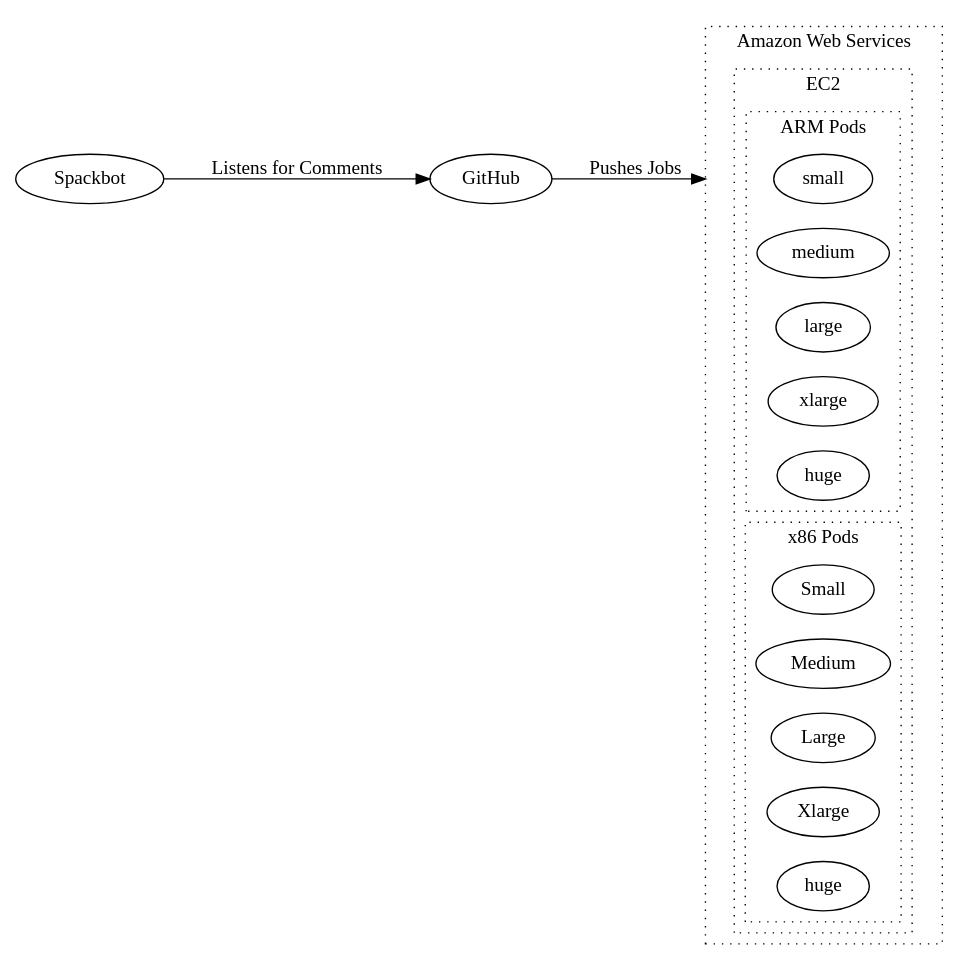
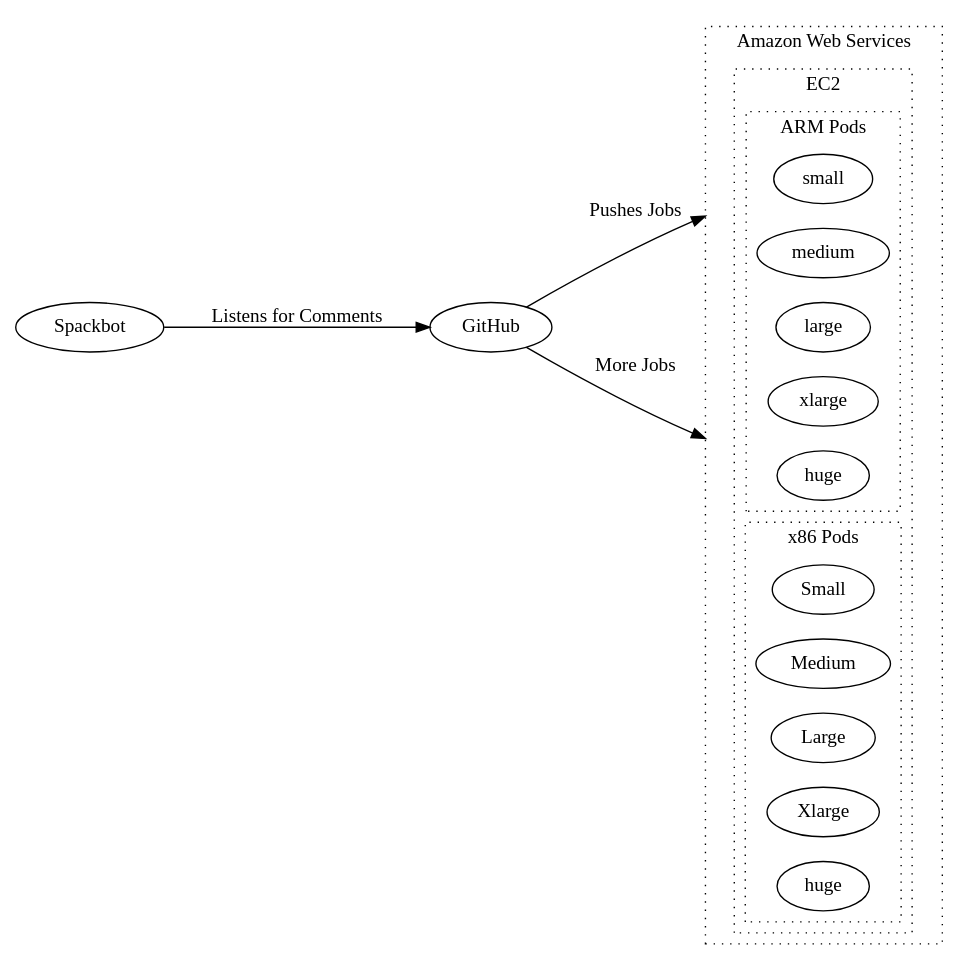
One commit to josephsnyder/spack_docs changed the first of 2 diagrams in docs/index.md. Above: the diagram before and after it, drawn with Graphviz. The commit also changed 2 other files, not shown here.

````diff
--- a/docs/index.md
+++ b/docs/index.md
@@ -3,36 +3,37 @@
 ```dot
 digraph g {
   rankdir=LR;
   compound=true;
   subgraph cluster_AWS {
     label="Amazon Web Services";
     graph[style=dotted];
     subgraph cluster_EC2 {
       label="EC2";
       graph[style=dotted];
       subgraph cluster_arm {
         label="ARM Pods";
         graph[style=dotted];
         small;
         medium;
         large;
         xlarge;
         huge;
       };
       subgraph cluster_x {
         label="x86 Pods";
         graph[style=dotted];
         a_small[label="Small"];
         a_medium[label="Medium"];
         a_large[label="Large"];
         a_xlarge[label="Xlarge"];
         a_huge[label="huge"];
       };
     };
   };
   GitHub;
   Spackbot;
   Spackbot->GitHub[label="Listens for Comments"];
   GitHub->small[lhead=cluster_AWS, label="Pushes Jobs"];
+  GitHub->huge[lhead=cluster_AWS, label="More Jobs"];
 }
 ```
````
